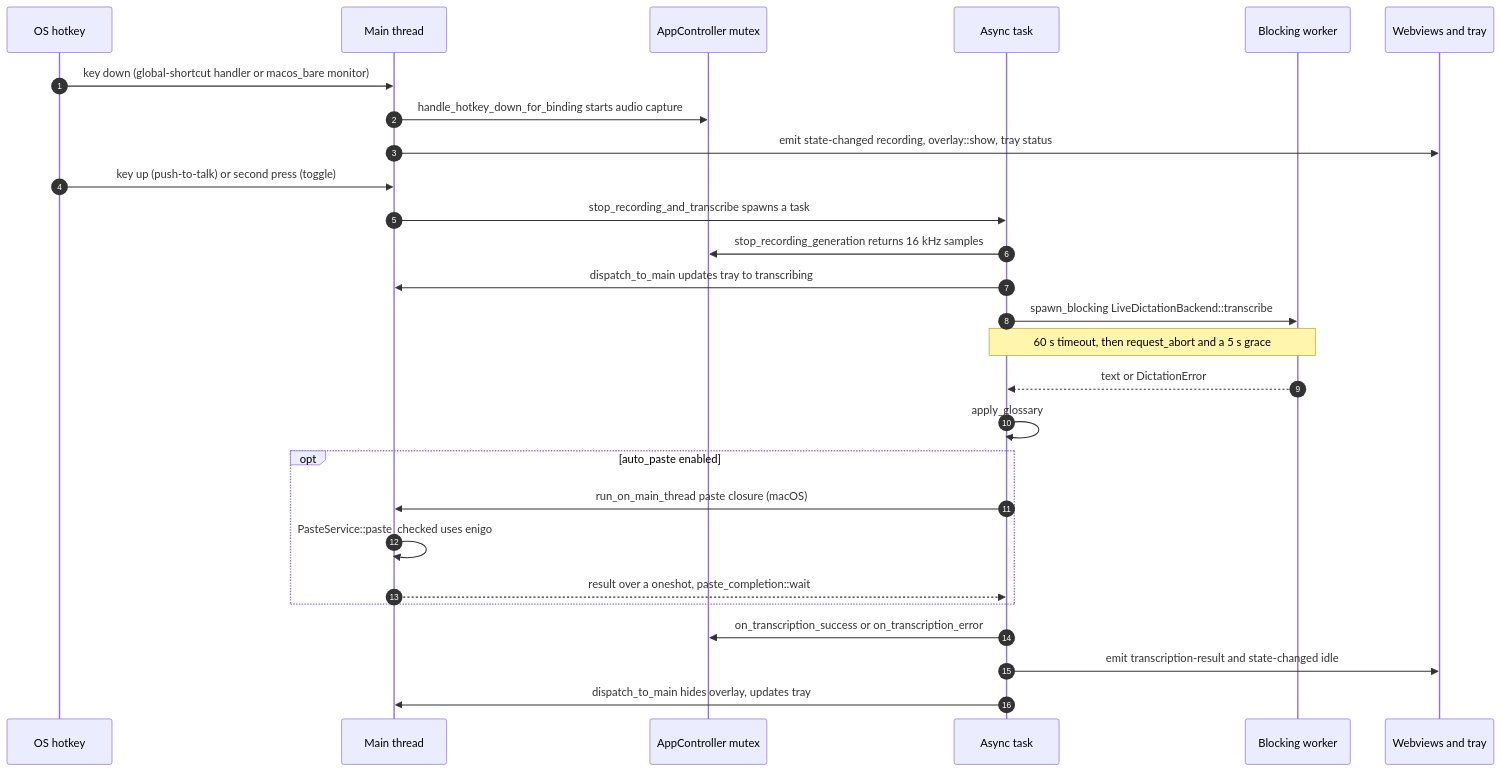
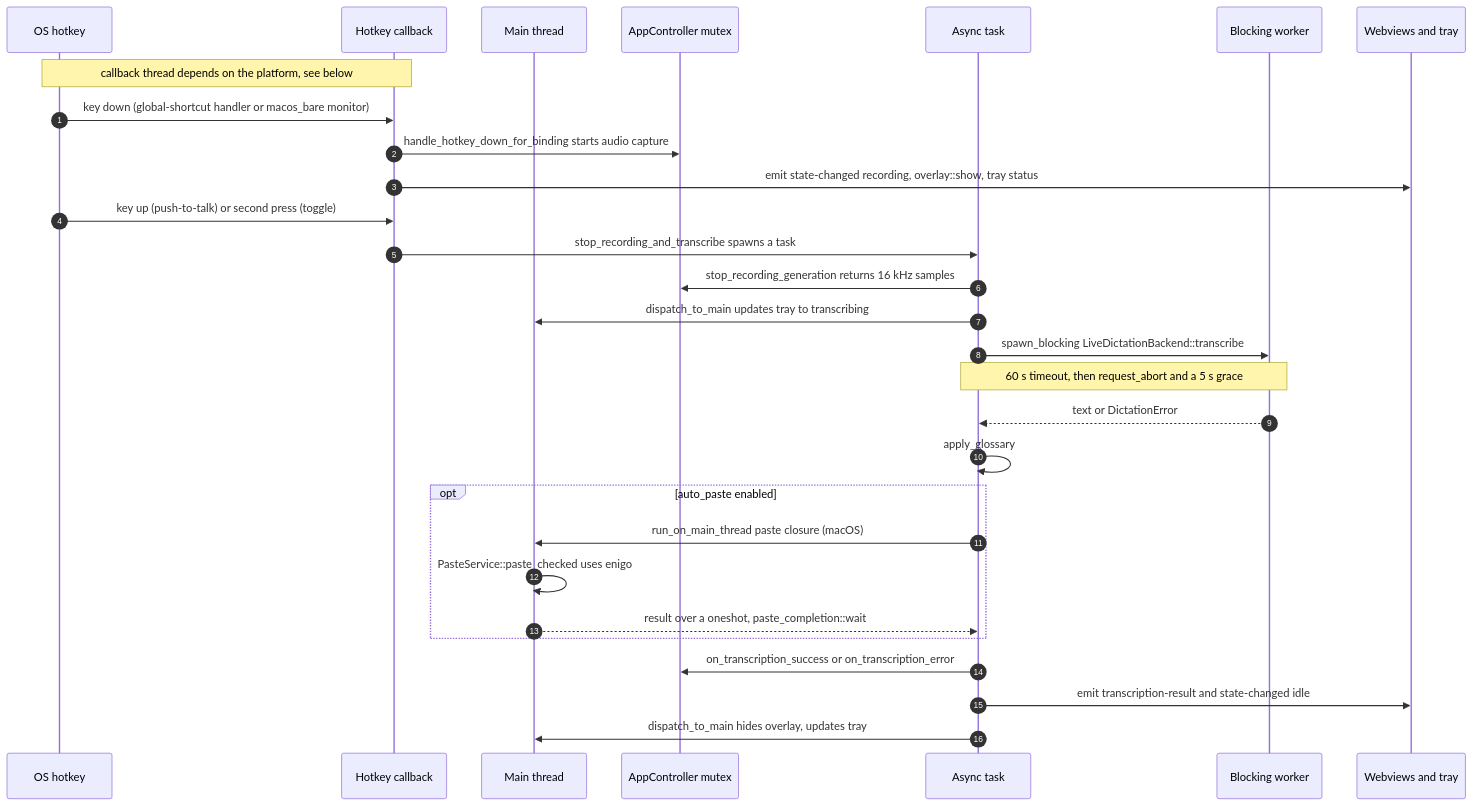
Before and after one commit to Magnus-Gille/sagascript: the first of 4 diagrams in docs/ARCHITECTURE.md, drawn with Mermaid. The commit also changed other lines of this file and 7 other files, not shown here.

First line of the commit message:
docs: address review of the architecture map

````diff
--- a/docs/ARCHITECTURE.md
+++ b/docs/ARCHITECTURE.md
@@ -76,29 +78,31 @@
 ```mermaid
 sequenceDiagram
     autonumber
     participant OS as OS hotkey
+    participant HK as Hotkey callback
     participant Main as Main thread
     participant Ctrl as AppController mutex
     participant Task as Async task
     participant Work as Blocking worker
     participant UI as Webviews and tray
-    OS->>Main: key down (global-shortcut handler or macos_bare monitor)
-    Main->>Ctrl: handle_hotkey_down_for_binding starts audio capture
-    Main->>UI: emit state-changed recording, overlay::show, tray status
-    OS->>Main: key up (push-to-talk) or second press (toggle)
-    Main->>Task: stop_recording_and_transcribe spawns a task
+    Note over OS,HK: callback thread depends on the platform, see below
+    OS->>HK: key down (global-shortcut handler or macos_bare monitor)
+    HK->>Ctrl: handle_hotkey_down_for_binding starts audio capture
+    HK->>UI: emit state-changed recording, overlay::show, tray status
+    OS->>HK: key up (push-to-talk) or second press (toggle)
+    HK->>Task: stop_recording_and_transcribe spawns a task
     Task->>Ctrl: stop_recording_generation returns 16 kHz samples
     Task->>Main: dispatch_to_main updates tray to transcribing
     Task->>Work: spawn_blocking LiveDictationBackend::transcribe
     Note over Task,Work: 60 s timeout, then request_abort and a 5 s grace
     Work-->>Task: text or DictationError
     Task->>Task: apply_glossary
     opt auto_paste enabled
         Task->>Main: run_on_main_thread paste closure (macOS)
         Main->>Main: PasteService::paste_checked uses enigo
         Main-->>Task: result over a oneshot, paste_completion::wait
     end
     Task->>Ctrl: on_transcription_success or on_transcription_error
     Task->>UI: emit transcription-result and state-changed idle
     Task->>Main: dispatch_to_main hides overlay, updates tray
 ```
````
